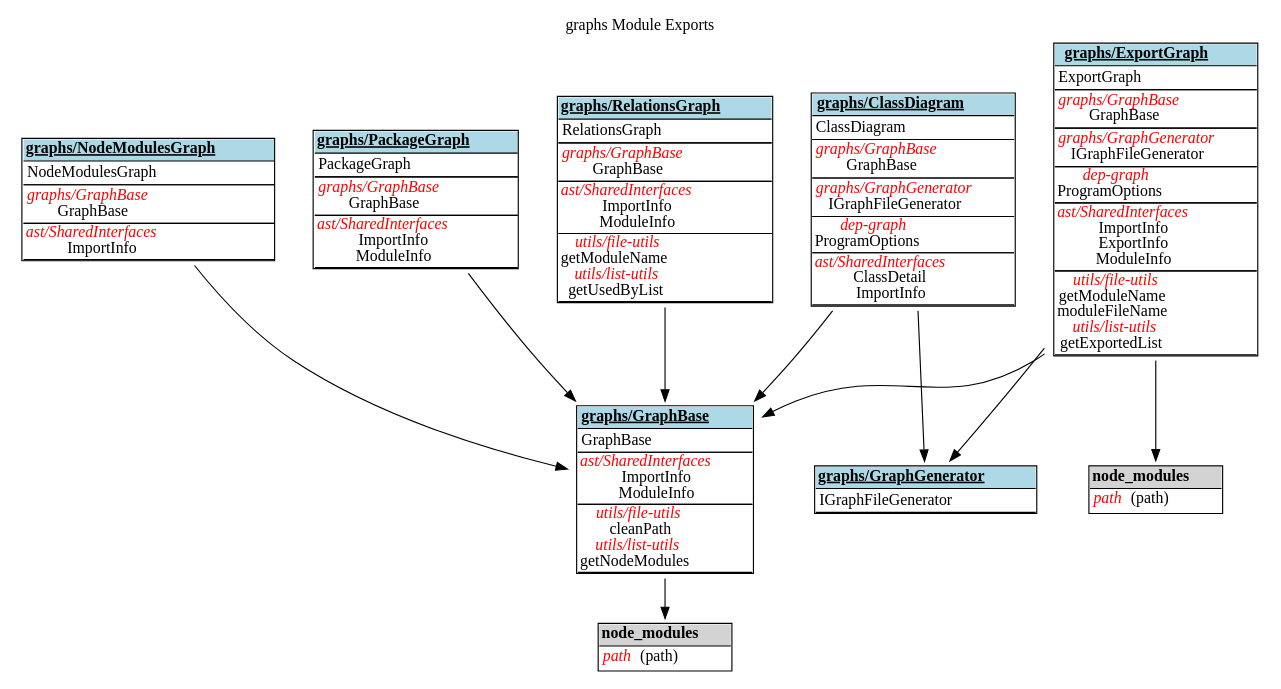
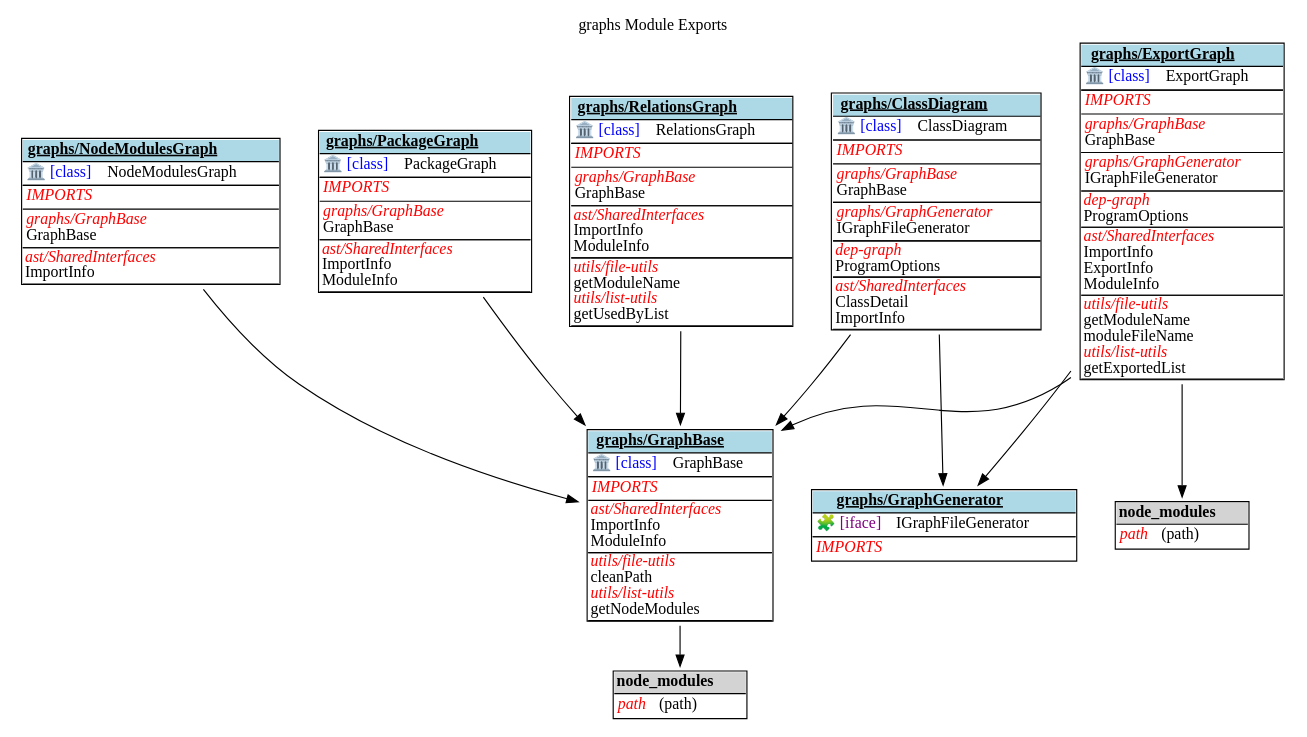
Before and after one commit to fleebe/GitHubPages: the diagram in dep-graph-ts/graphs_ExportGraph.dot, drawn with Graphviz. The commit also changed 22 other files, not shown here.

Commit message:
Update docs for dep-graph-ts from fleebe/dep-graph-ts workflow

```diff
--- a/dep-graph-ts/graphs_ExportGraph.dot
+++ b/dep-graph-ts/graphs_ExportGraph.dot
@@ -1,151 +1,172 @@
 digraph {label="graphs Module Exports";
 labelloc="t";
 "graphs/ClassDiagram" [shape=none, label=<<TABLE cellspacing="0" cellborder="0" align="left">
-<TR><TD bgcolor="lightblue" HREF="tsdocs\modules\graphs_ClassDiagram.html" TARGET="_blank" align="center"><U><B>graphs/ClassDiagram</B></U></TD></TR>
-<TR><TD BORDER="1" SIDES="TB" align="left">
-ClassDiagram<BR/>
+<TR><TD bgcolor="lightblue" HREF="tsdocs\modules\graphs_ClassDiagram.html" TARGET="_blank" align="CENTER"><U><B>graphs/ClassDiagram</B></U></TD></TR>
+<TR><TD BORDER="1" SIDES="TB" ALIGN="LEFT" BALIGN="LEFT">
+<font color='blue'>🏛️ [class]</font>  ClassDiagram<BR/>
 </TD></TR>
-<TR><TD BORDER="1" SIDES="TB" align="left">
+<TR><TD BORDER="1" SIDES="T" align="LEFT">
+<font color="red"><I>IMPORTS</I></font><BR/>
+</TD></TR>
+<TR><TD BORDER="1" SIDES="TB" align="left" BALIGN="LEFT">
 <font color="red"><I>graphs/GraphBase</I></font><BR/>
 GraphBase<BR/>
 </TD></TR>
-<TR><TD BORDER="1" SIDES="TB" align="left">
+<TR><TD BORDER="1" SIDES="TB" align="left" BALIGN="LEFT">
 <font color="red"><I>graphs/GraphGenerator</I></font><BR/>
 IGraphFileGenerator<BR/>
 </TD></TR>
-<TR><TD BORDER="1" SIDES="TB" cellpadding="1" align="left">
+<TR><TD BORDER="1" SIDES="TB" cellpadding="1" align="left" BALIGN="LEFT">
 <font color="red"><I>dep-graph</I></font><BR/>
 ProgramOptions<BR/>
 </TD></TR>
-<TR><TD BORDER="1" SIDES="TB" cellpadding="1" align="left">
+<TR><TD BORDER="1" SIDES="TB" cellpadding="1" align="left" BALIGN="LEFT">
 <font color="red"><I>ast/SharedInterfaces</I></font><BR/>
 ClassDetail<BR/>
 ImportInfo<BR/>
 </TD></TR>
 </TABLE>>];
 "graphs/ExportGraph" [shape=none, label=<<TABLE cellspacing="0" cellborder="0" align="left">
-<TR><TD bgcolor="lightblue" HREF="tsdocs\modules\graphs_ExportGraph.html" TARGET="_blank" align="center"><U><B>graphs/ExportGraph</B></U></TD></TR>
-<TR><TD BORDER="1" SIDES="TB" align="left">
-ExportGraph<BR/>
+<TR><TD bgcolor="lightblue" HREF="tsdocs\modules\graphs_ExportGraph.html" TARGET="_blank" align="CENTER"><U><B>graphs/ExportGraph</B></U></TD></TR>
+<TR><TD BORDER="1" SIDES="TB" ALIGN="LEFT" BALIGN="LEFT">
+<font color='blue'>🏛️ [class]</font>  ExportGraph<BR/>
 </TD></TR>
-<TR><TD BORDER="1" SIDES="TB" align="left">
+<TR><TD BORDER="1" SIDES="T" align="LEFT">
+<font color="red"><I>IMPORTS</I></font><BR/>
+</TD></TR>
+<TR><TD BORDER="1" SIDES="TB" align="left" BALIGN="LEFT">
 <font color="red"><I>graphs/GraphBase</I></font><BR/>
 GraphBase<BR/>
 </TD></TR>
-<TR><TD BORDER="1" SIDES="TB" align="left">
+<TR><TD BORDER="1" SIDES="TB" align="left" BALIGN="LEFT">
 <font color="red"><I>graphs/GraphGenerator</I></font><BR/>
 IGraphFileGenerator<BR/>
 </TD></TR>
-<TR><TD BORDER="1" SIDES="TB" cellpadding="1" align="left">
+<TR><TD BORDER="1" SIDES="TB" cellpadding="1" align="left" BALIGN="LEFT">
 <font color="red"><I>dep-graph</I></font><BR/>
 ProgramOptions<BR/>
 </TD></TR>
-<TR><TD BORDER="1" SIDES="TB" cellpadding="1" align="left">
+<TR><TD BORDER="1" SIDES="TB" cellpadding="1" align="left" BALIGN="LEFT">
 <font color="red"><I>ast/SharedInterfaces</I></font><BR/>
 ImportInfo<BR/>
 ExportInfo<BR/>
 ModuleInfo<BR/>
 </TD></TR>
-<TR><TD BORDER="1" SIDES="TB" cellpadding="1" align="left">
+<TR><TD BORDER="1" SIDES="TB" cellpadding="1" align="left" BALIGN="LEFT">
 <font color="red"><I>utils/file-utils</I></font><BR/>
 getModuleName<BR/>
 moduleFileName<BR/>
 <font color="red"><I>utils/list-utils</I></font><BR/>
 getExportedList<BR/>
 </TD></TR>
 </TABLE>>];
 "graphs/ExportGraph-node_modules" [shape=none, label=<<TABLE cellspacing="0" cellborder="0" align="left">
 <TR><TD bgcolor="lightgrey" align="center"><B>node_modules</B></TD></TR>
-<TR><TD BORDER="1" SIDES="T" align="left">
-<font color="red"><I>path</I></font> (path)<BR/>
+<TR><TD BORDER="1" SIDES="T" align="left" BALIGN="LEFT">
+<font color="red"><I>path</I></font>  (path)<BR/>
 </TD></TR>
 </TABLE>>];
 "graphs/ExportGraph"->"graphs/ExportGraph-node_modules";
 "graphs/GraphBase" [shape=none, label=<<TABLE cellspacing="0" cellborder="0" align="left">
-<TR><TD bgcolor="lightblue" HREF="tsdocs\modules\graphs_GraphBase.html" TARGET="_blank" align="center"><U><B>graphs/GraphBase</B></U></TD></TR>
-<TR><TD BORDER="1" SIDES="TB" align="left">
-GraphBase<BR/>
+<TR><TD bgcolor="lightblue" HREF="tsdocs\modules\graphs_GraphBase.html" TARGET="_blank" align="CENTER"><U><B>graphs/GraphBase</B></U></TD></TR>
+<TR><TD BORDER="1" SIDES="TB" ALIGN="LEFT" BALIGN="LEFT">
+<font color='blue'>🏛️ [class]</font>  GraphBase<BR/>
 </TD></TR>
-<TR><TD BORDER="1" SIDES="TB" cellpadding="1" align="left">
+<TR><TD BORDER="1" SIDES="T" align="LEFT">
+<font color="red"><I>IMPORTS</I></font><BR/>
+</TD></TR>
+<TR><TD BORDER="1" SIDES="TB" cellpadding="1" align="left" BALIGN="LEFT">
 <font color="red"><I>ast/SharedInterfaces</I></font><BR/>
 ImportInfo<BR/>
 ModuleInfo<BR/>
 </TD></TR>
-<TR><TD BORDER="1" SIDES="TB" cellpadding="1" align="left">
+<TR><TD BORDER="1" SIDES="TB" cellpadding="1" align="left" BALIGN="LEFT">
 <font color="red"><I>utils/file-utils</I></font><BR/>
 cleanPath<BR/>
 <font color="red"><I>utils/list-utils</I></font><BR/>
 getNodeModules<BR/>
 </TD></TR>
 </TABLE>>];
 "graphs/GraphBase-node_modules" [shape=none, label=<<TABLE cellspacing="0" cellborder="0" align="left">
 <TR><TD bgcolor="lightgrey" align="center"><B>node_modules</B></TD></TR>
-<TR><TD BORDER="1" SIDES="T" align="left">
-<font color="red"><I>path</I></font> (path)<BR/>
+<TR><TD BORDER="1" SIDES="T" align="left" BALIGN="LEFT">
+<font color="red"><I>path</I></font>  (path)<BR/>
 </TD></TR>
 </TABLE>>];
 "graphs/GraphBase"->"graphs/GraphBase-node_modules";
 "graphs/GraphGenerator" [shape=none, label=<<TABLE cellspacing="0" cellborder="0" align="left">
-<TR><TD bgcolor="lightblue" HREF="tsdocs\modules\graphs_GraphGenerator.html" TARGET="_blank" align="center"><U><B>graphs/GraphGenerator</B></U></TD></TR>
-<TR><TD BORDER="1" SIDES="TB" align="left">
-IGraphFileGenerator<BR/>
+<TR><TD bgcolor="lightblue" HREF="tsdocs\modules\graphs_GraphGenerator.html" TARGET="_blank" align="CENTER"><U><B>graphs/GraphGenerator</B></U></TD></TR>
+<TR><TD BORDER="1" SIDES="TB" ALIGN="LEFT" BALIGN="LEFT">
+<font color='purple'>🧩 [iface]</font>  IGraphFileGenerator<BR/>
+</TD></TR>
+<TR><TD BORDER="1" SIDES="T" align="LEFT">
+<font color="red"><I>IMPORTS</I></font><BR/>
 </TD></TR>
 </TABLE>>];
 "graphs/NodeModulesGraph" [shape=none, label=<<TABLE cellspacing="0" cellborder="0" align="left">
-<TR><TD bgcolor="lightblue" HREF="tsdocs\modules\graphs_NodeModulesGraph.html" TARGET="_blank" align="center"><U><B>graphs/NodeModulesGraph</B></U></TD></TR>
-<TR><TD BORDER="1" SIDES="TB" align="left">
-NodeModulesGraph<BR/>
+<TR><TD bgcolor="lightblue" HREF="tsdocs\modules\graphs_NodeModulesGraph.html" TARGET="_blank" align="CENTER"><U><B>graphs/NodeModulesGraph</B></U></TD></TR>
+<TR><TD BORDER="1" SIDES="TB" ALIGN="LEFT" BALIGN="LEFT">
+<font color='blue'>🏛️ [class]</font>  NodeModulesGraph<BR/>
 </TD></TR>
-<TR><TD BORDER="1" SIDES="TB" align="left">
+<TR><TD BORDER="1" SIDES="T" align="LEFT">
+<font color="red"><I>IMPORTS</I></font><BR/>
+</TD></TR>
+<TR><TD BORDER="1" SIDES="TB" align="left" BALIGN="LEFT">
 <font color="red"><I>graphs/GraphBase</I></font><BR/>
 GraphBase<BR/>
 </TD></TR>
-<TR><TD BORDER="1" SIDES="TB" cellpadding="1" align="left">
+<TR><TD BORDER="1" SIDES="TB" cellpadding="1" align="left" BALIGN="LEFT">
 <font color="red"><I>ast/SharedInterfaces</I></font><BR/>
 ImportInfo<BR/>
 </TD></TR>
 </TABLE>>];
 "graphs/PackageGraph" [shape=none, label=<<TABLE cellspacing="0" cellborder="0" align="left">
-<TR><TD bgcolor="lightblue" HREF="tsdocs\modules\graphs_PackageGraph.html" TARGET="_blank" align="center"><U><B>graphs/PackageGraph</B></U></TD></TR>
-<TR><TD BORDER="1" SIDES="TB" align="left">
-PackageGraph<BR/>
+<TR><TD bgcolor="lightblue" HREF="tsdocs\modules\graphs_PackageGraph.html" TARGET="_blank" align="CENTER"><U><B>graphs/PackageGraph</B></U></TD></TR>
+<TR><TD BORDER="1" SIDES="TB" ALIGN="LEFT" BALIGN="LEFT">
+<font color='blue'>🏛️ [class]</font>  PackageGraph<BR/>
 </TD></TR>
-<TR><TD BORDER="1" SIDES="TB" align="left">
+<TR><TD BORDER="1" SIDES="T" align="LEFT">
+<font color="red"><I>IMPORTS</I></font><BR/>
+</TD></TR>
+<TR><TD BORDER="1" SIDES="TB" align="left" BALIGN="LEFT">
 <font color="red"><I>graphs/GraphBase</I></font><BR/>
 GraphBase<BR/>
 </TD></TR>
-<TR><TD BORDER="1" SIDES="TB" cellpadding="1" align="left">
+<TR><TD BORDER="1" SIDES="TB" cellpadding="1" align="left" BALIGN="LEFT">
 <font color="red"><I>ast/SharedInterfaces</I></font><BR/>
 ImportInfo<BR/>
 ModuleInfo<BR/>
 </TD></TR>
 </TABLE>>];
 "graphs/RelationsGraph" [shape=none, label=<<TABLE cellspacing="0" cellborder="0" align="left">
-<TR><TD bgcolor="lightblue" HREF="tsdocs\modules\graphs_RelationsGraph.html" TARGET="_blank" align="center"><U><B>graphs/RelationsGraph</B></U></TD></TR>
-<TR><TD BORDER="1" SIDES="TB" align="left">
-RelationsGraph<BR/>
+<TR><TD bgcolor="lightblue" HREF="tsdocs\modules\graphs_RelationsGraph.html" TARGET="_blank" align="CENTER"><U><B>graphs/RelationsGraph</B></U></TD></TR>
+<TR><TD BORDER="1" SIDES="TB" ALIGN="LEFT" BALIGN="LEFT">
+<font color='blue'>🏛️ [class]</font>  RelationsGraph<BR/>
 </TD></TR>
-<TR><TD BORDER="1" SIDES="TB" align="left">
+<TR><TD BORDER="1" SIDES="T" align="LEFT">
+<font color="red"><I>IMPORTS</I></font><BR/>
+</TD></TR>
+<TR><TD BORDER="1" SIDES="TB" align="left" BALIGN="LEFT">
 <font color="red"><I>graphs/GraphBase</I></font><BR/>
 GraphBase<BR/>
 </TD></TR>
-<TR><TD BORDER="1" SIDES="TB" cellpadding="1" align="left">
+<TR><TD BORDER="1" SIDES="TB" cellpadding="1" align="left" BALIGN="LEFT">
 <font color="red"><I>ast/SharedInterfaces</I></font><BR/>
 ImportInfo<BR/>
 ModuleInfo<BR/>
 </TD></TR>
-<TR><TD BORDER="1" SIDES="TB" cellpadding="1" align="left">
+<TR><TD BORDER="1" SIDES="TB" cellpadding="1" align="left" BALIGN="LEFT">
 <font color="red"><I>utils/file-utils</I></font><BR/>
 getModuleName<BR/>
 <font color="red"><I>utils/list-utils</I></font><BR/>
 getUsedByList<BR/>
 </TD></TR>
 </TABLE>>];
 "graphs/ClassDiagram"->"graphs/GraphBase";
 "graphs/ClassDiagram"->"graphs/GraphGenerator";
 "graphs/ExportGraph"->"graphs/GraphBase";
 "graphs/ExportGraph"->"graphs/GraphGenerator";
 "graphs/NodeModulesGraph"->"graphs/GraphBase";
 "graphs/PackageGraph"->"graphs/GraphBase";
 "graphs/RelationsGraph"->"graphs/GraphBase";
 }
```
